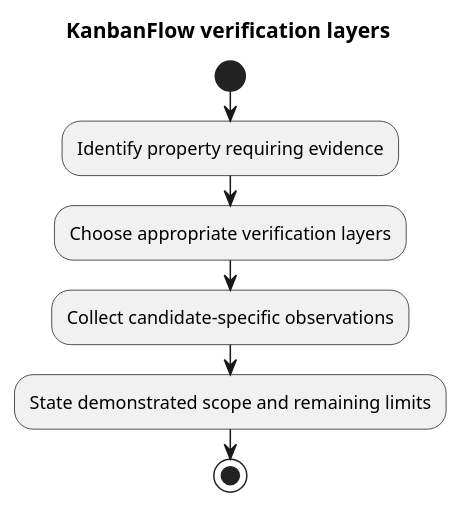
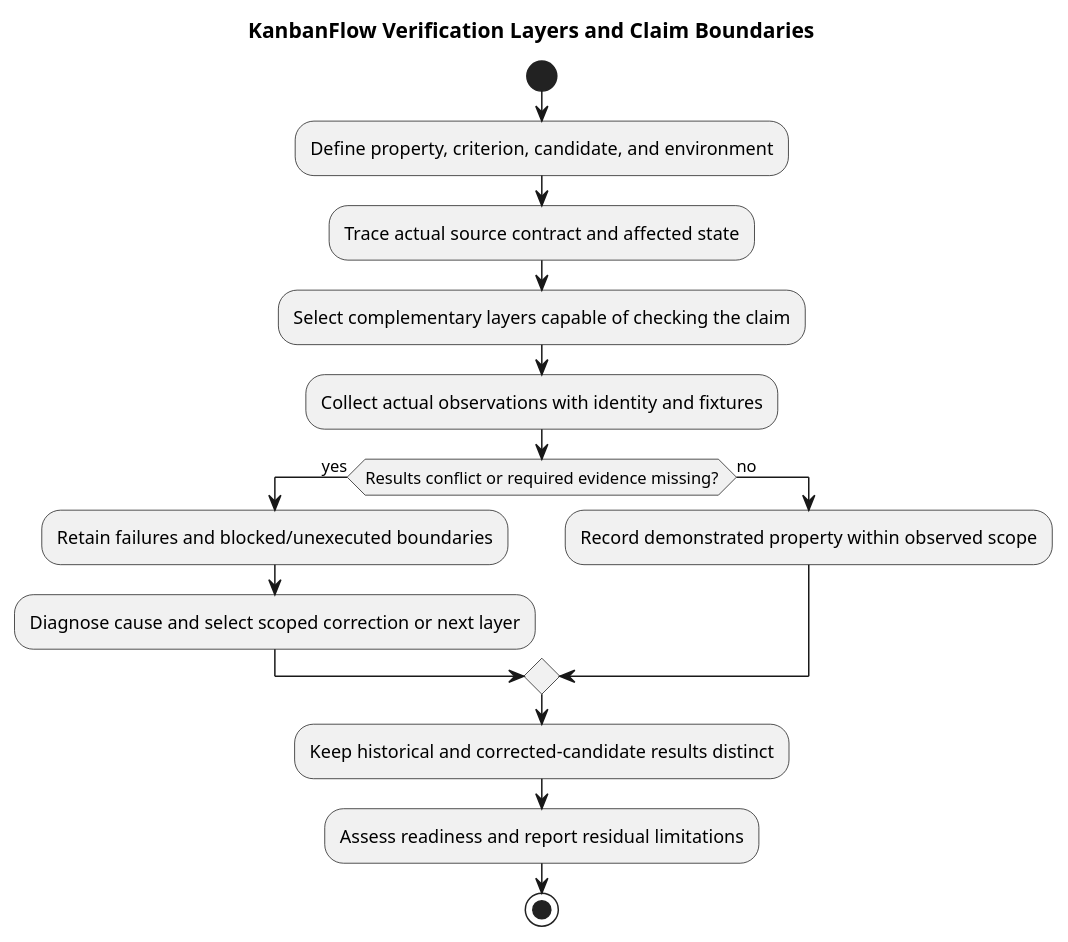
One commit to Farhad-Valizadegan/Web-KanbanFlow changed the diagram in docs/SDLC/06-testing/verification-layers.md. Above: the diagram before and after it, drawn with PlantUML. The commit also changed other lines of this file and 2 other files, not shown here.

Commit message:
docs: complete verification layers and evidence boundaries

````diff
--- a/docs/SDLC/06-testing/verification-layers.md
+++ b/docs/SDLC/06-testing/verification-layers.md
@@ -33,11 +95,19 @@
 ```plantuml
 @startuml
-title KanbanFlow verification layers
+title KanbanFlow Verification Layers and Claim Boundaries
 start
-:Identify property requiring evidence;
-:Choose appropriate verification layers;
-:Collect candidate-specific observations;
-:State demonstrated scope and remaining limits;
+:Define property, criterion, candidate, and environment;
+:Trace actual source contract and affected state;
+:Select complementary layers capable of checking the claim;
+:Collect actual observations with identity and fixtures;
+if (Results conflict or required evidence missing?) then (yes)
+ :Retain failures and blocked/unexecuted boundaries;
+ :Diagnose cause and select scoped correction or next layer;
+else (no)
+ :Record demonstrated property within observed scope;
+endif
+:Keep historical and corrected-candidate results distinct;
+:Assess readiness and report residual limitations;
 stop
 @enduml
 ```
````
